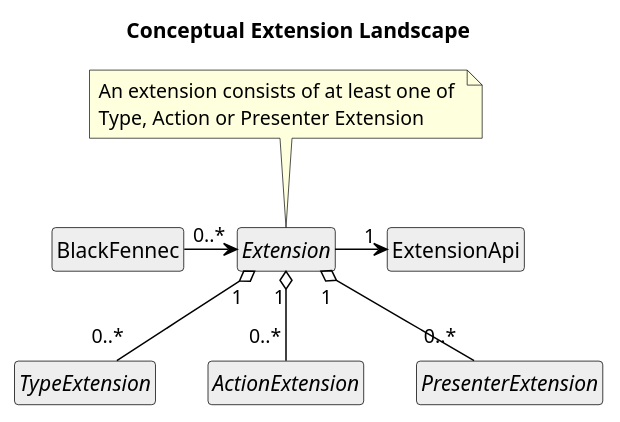
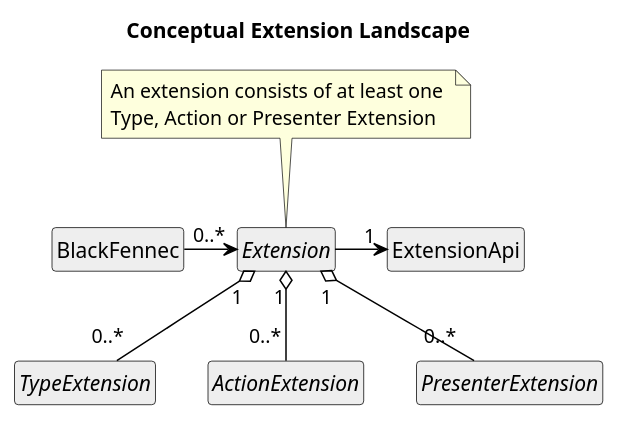
The first of 2 diagrams in docs/source/domain_model/extensions/index.rst (blackfennec-org/blackfennec), drawn with PlantUML before and after one commit. The commit also changed other lines of this file and 3 other files, not shown here.

```diff
--- a/docs/source/domain_model/extensions/index.rst
+++ b/docs/source/domain_model/extensions/index.rst
@@ -10,43 +10,43 @@
 .. uml::
 
     @startuml
     hide circle
     hide members
     hide methods
 
     title Conceptual Extension Landscape
 
     skinparam class {
         BackgroundColor #EEE
         ArrowColor Black
         BorderColor Black
     }
 
     class BlackFennec {}
 
     BlackFennec -> "0..*" Extension
 
     interface Extension {
         load(extension_api)
         unload()
     }
 
-    note top of Extension: An extension consists of at least one of \nType, Action or Presenter Extension
+    note top of Extension: An extension consists of at least one \nType, Action or Presenter Extension
 
     Extension -> "1" ExtensionApi
 
     class ExtensionApi {
         register_type(bidder, view_factory)
         register_action(type, action)
         register_presenter(description, view_factory)
     }
 
     abstract class TypeExtension {}
     Extension "1" o-- "0..*" TypeExtension
 
     abstract class ActionExtension {}
     Extension "1" o-- "0..*" ActionExtension
 
     abstract class PresenterExtension {}
     Extension "1" o-- "0..*" PresenterExtension
     @enduml
```
